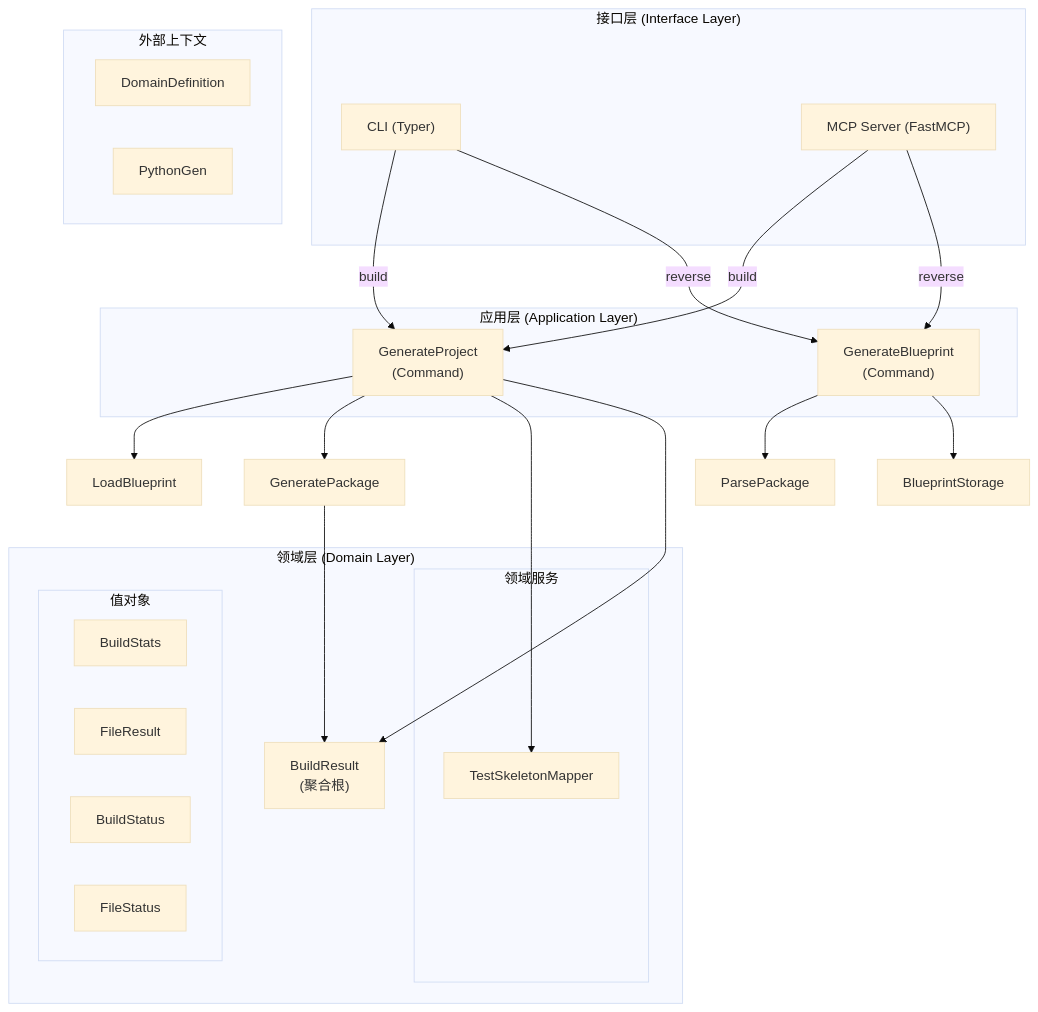
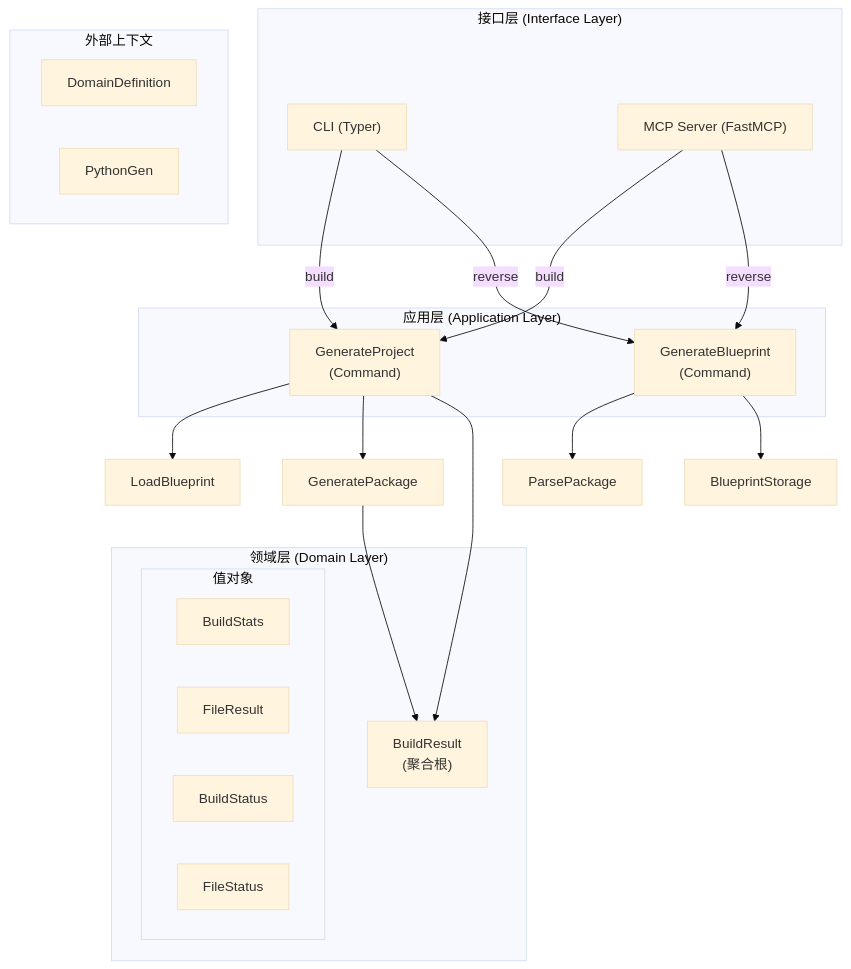
One commit to Goodsome/codegen changed the first of 3 diagrams in docs/orchestration/ddd-architecture.md. Above: the diagram before and after it, drawn with Mermaid (base theme). The commit also changed other lines of this file and 2 other files, not shown here.

First line of the commit message:
Docs: sync Orchestration design docs with refactored mapper-less architecture

````diff
--- a/docs/orchestration/ddd-architecture.md
+++ b/docs/orchestration/ddd-architecture.md
@@ -117,47 +116,42 @@
 ```mermaid
 graph TB
     subgraph 接口层["接口层 (Interface Layer)"]
         CLI["CLI (Typer)"]
         MCP["MCP Server (FastMCP)"]
     end
 
     subgraph 应用层["应用层 (Application Layer)"]
         GenerateProject["GenerateProject\n(Command)"]
         GenerateBlueprint["GenerateBlueprint\n(Command)"]
     end
 
     subgraph 领域层["领域层 (Domain Layer)"]
         BuildResult["BuildResult\n(聚合根)"]
-
-        subgraph 领域服务
-            TestSkeletonMapper["TestSkeletonMapper"]
-        end
 
         subgraph 值对象
             BuildStats["BuildStats"]
             FileResult["FileResult"]
             BuildStatus["BuildStatus"]
             FileStatus["FileStatus"]
         end
     end
 
     subgraph 外部上下文
         DD["DomainDefinition"]
         PG["PythonGen"]
     end
 
     CLI -->|build| GenerateProject
     CLI -->|reverse| GenerateBlueprint
     MCP -->|build| GenerateProject
     MCP -->|reverse| GenerateBlueprint
 
     GenerateProject --> LoadBlueprint
     GenerateProject --> GeneratePackage
-    GenerateProject --> TestSkeletonMapper
 
     GenerateBlueprint --> ParsePackage
     GenerateBlueprint --> BlueprintStorage
 
     GenerateProject --> BuildResult
     GeneratePackage --> BuildResult
 ```
````
